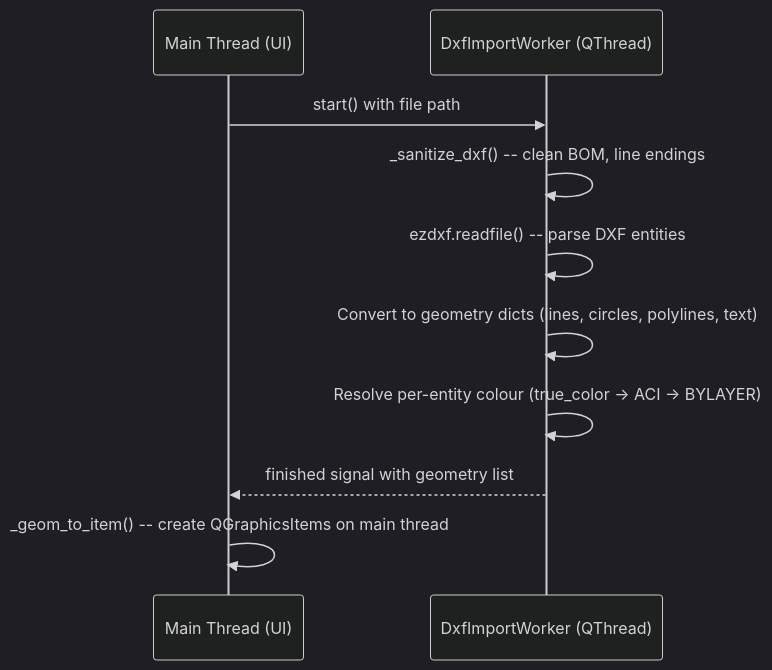
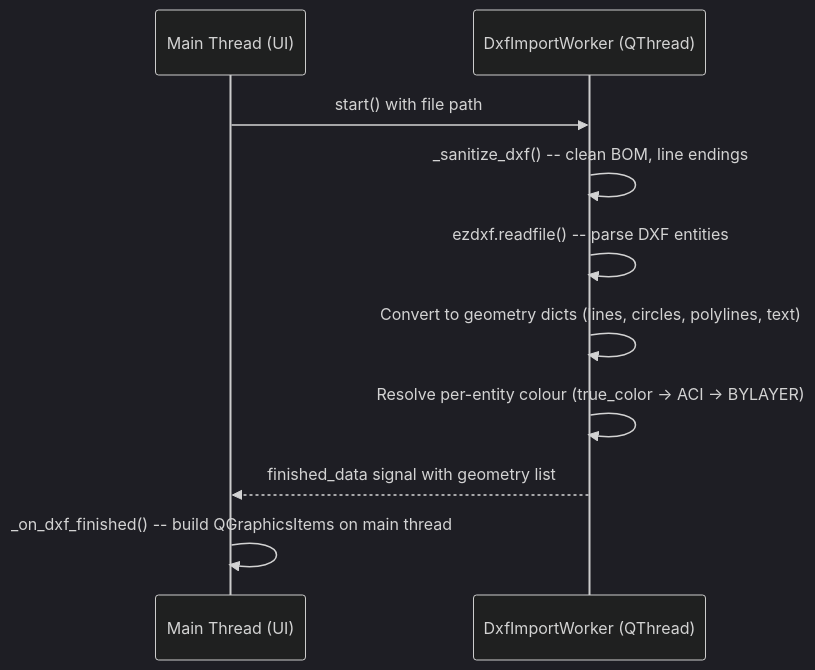
Before and after one commit to giannivulcano/FirePro-3D: the second of 2 diagrams in docs/architecture/io.md, drawn with Mermaid (dark theme). The commit also changed other lines of this file and 18 other files, not shown here.

````diff
--- a/docs/architecture/io.md
+++ b/docs/architecture/io.md
@@ -88,13 +103,13 @@
 ```mermaid
 sequenceDiagram
     participant UI as Main Thread (UI)
     participant W as DxfImportWorker (QThread)
 
     UI->>W: start() with file path
     W->>W: _sanitize_dxf() -- clean BOM, line endings
     W->>W: ezdxf.readfile() -- parse DXF entities
     W->>W: Convert to geometry dicts (lines, circles, polylines, text)
     W->>W: Resolve per-entity colour (true_color → ACI → BYLAYER)
-    W-->>UI: finished signal with geometry list
-    UI->>UI: _geom_to_item() -- create QGraphicsItems on main thread
+    W-->>UI: finished_data signal with geometry list
+    UI->>UI: _on_dxf_finished() -- build QGraphicsItems on main thread
 ```
````
